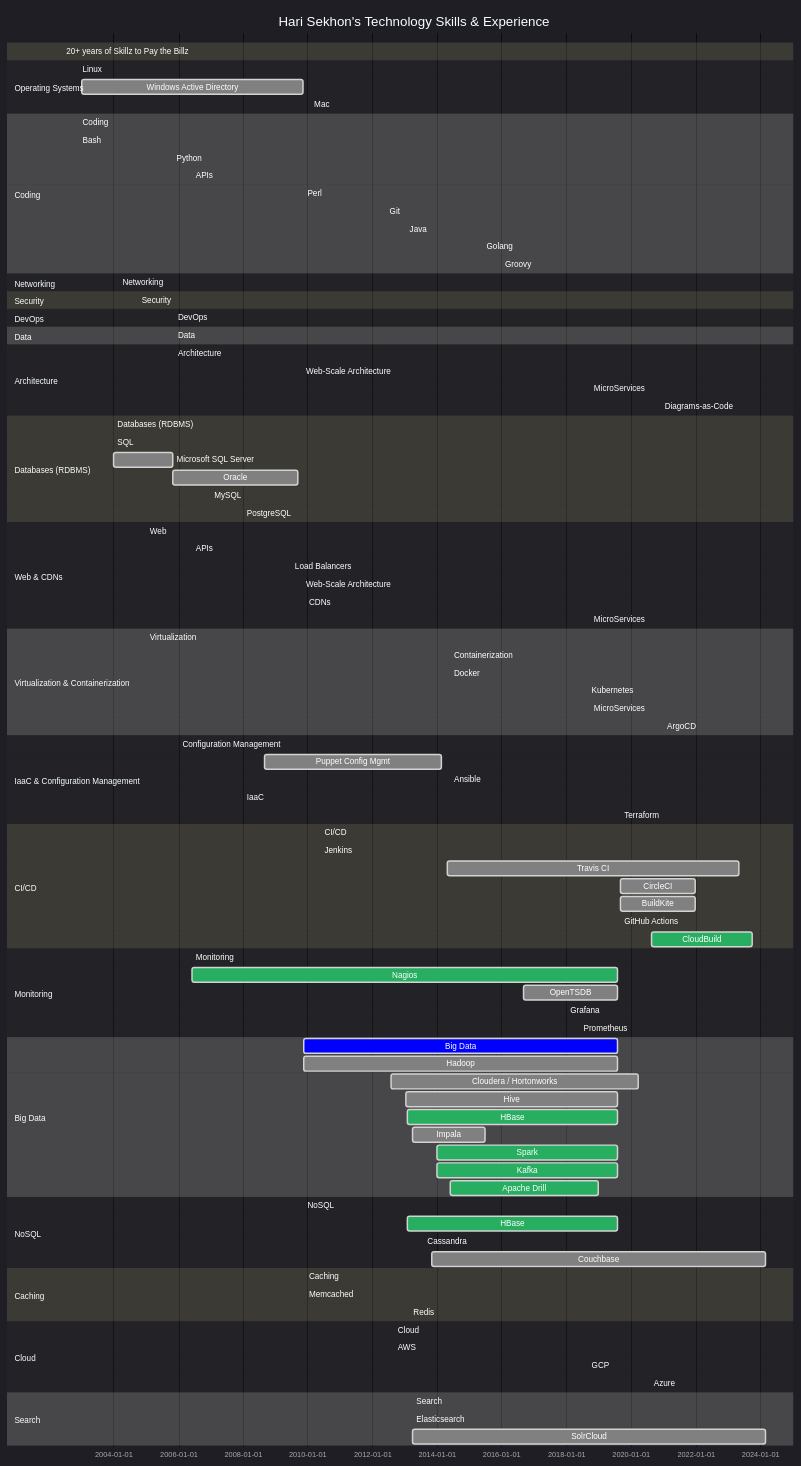
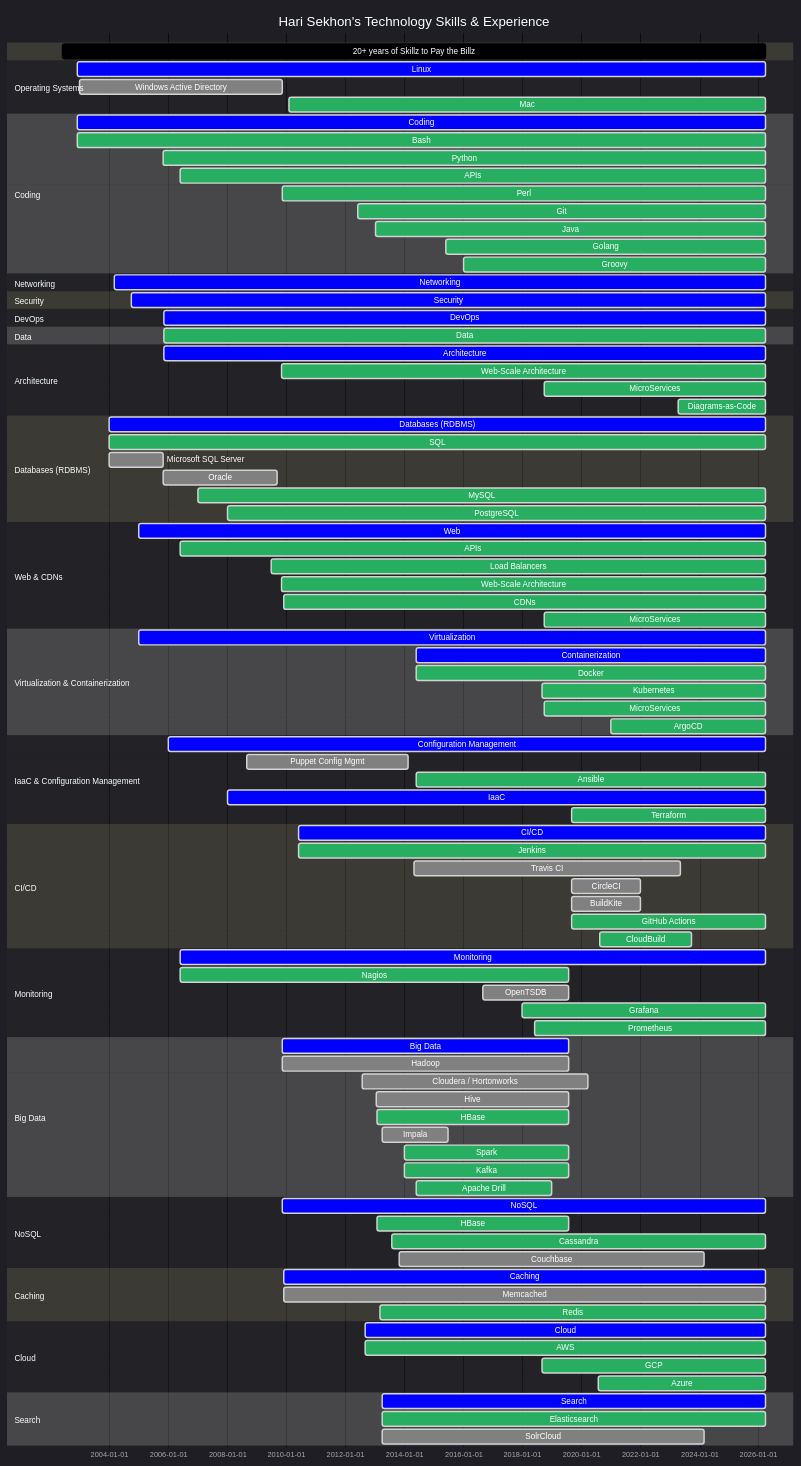
One commit to HariSekhon/HariSekhon changed the second of 2 diagrams in README.md. Above: the diagram before and after it, drawn with Mermaid. The commit also changed other lines of this file, not shown here.

Commit message:
updated profile counters

````diff
--- a/README.md
+++ b/README.md
@@ -1383,129 +1383,129 @@
     title Hari Sekhon's Technology Skills & Experience
     dateFormat  YYYY-MM-DD
 
-    20+ years of Skillz to Pay the Billz : 2002-06-01, 2026-02-30
+    20+ years of Skillz to Pay the Billz : 2002-06-01, 2026-03-30
 
     section Operating Systems
-    Linux                    : crit, 2002-12-01, 2026-02-30
+    Linux                    : crit, 2002-12-01, 2026-03-30
     Windows Active Directory : done, 2003-01-01, 2009-11-10
-    %%Redhat Linux             : active, 2002-12-01, 2026-02-30
-    %%Debian Linux             : active, 2003-01-01, 2026-02-30
+    %%Redhat Linux             : active, 2002-12-01, 2026-03-30
+    %%Debian Linux             : active, 2003-01-01, 2026-03-30
     %%Gentoo Linux             : done, 2004-06-01, 2009-11-10
-    %%Ubuntu Linux             : active, 2006-06-01, 2026-02-30
-    %%Alpine Linux             : done, 2016-01-01, 2026-02-30
-    Mac                      : active, 2010-02-01, 2026-02-30
+    %%Ubuntu Linux             : active, 2006-06-01, 2026-03-30
+    %%Alpine Linux             : done, 2016-01-01, 2026-03-30
+    Mac                      : active, 2010-02-01, 2026-03-30
 
     section Coding
-    Coding                 : crit, 2002-12-01, 2026-02-30
-    Bash                   : active, 2002-12-01, 2026-02-30
-    Python                 : active, 2005-11-01, 2026-02-30
-    APIs                   : active, 2006-06-01, 2026-02-30
+    Coding                 : crit, 2002-12-01, 2026-03-30
+    Bash                   : active, 2002-12-01, 2026-03-30
+    Python                 : active, 2005-11-01, 2026-03-30
+    APIs                   : active, 2006-06-01, 2026-03-30
     %%VBScript               : done, 2005-05-01, 2009-11-01
-    Perl                   : active, 2009-11-13, 2026-02-30
-    Git                    : active, 2012-06-01, 2026-02-30
+    Perl                   : active, 2009-11-13, 2026-03-30
+    Git                    : active, 2012-06-01, 2026-03-30
     %%Ruby                   : done, 2009-11-13, 2013-01-31
-    Java                   : active, 2013-01-13, 2026-02-30
+    Java                   : active, 2013-01-13, 2026-03-30
     %%Jython                 : done, 2013-01-13, 2015-12-31
     %%JRuby                  : done, 2013-03-01, 2013-08-31
     %%Scala                  : done, 2014-01-01, 2015-12-31
-    Golang                 : active, 2015-06-01, 2026-02-30
-    Groovy                 : active, 2016-01-01, 2026-02-30
+    Golang                 : active, 2015-06-01, 2026-03-30
+    Groovy                 : active, 2016-01-01, 2026-03-30
 
     %%section Build Systems
-    %%Make                   : active, 2006-06-01, 2026-02-30
-    %%Maven                  : active, 2013-02-01, 2026-02-30
-    %%SBT                    : active, 2014-01-01, 2026-02-30
-    %%Gradle                 : active, 2014-06-01, 2026-02-30
+    %%Make                   : active, 2006-06-01, 2026-03-30
+    %%Maven                  : active, 2013-02-01, 2026-03-30
+    %%SBT                    : active, 2014-01-01, 2026-03-30
+    %%Gradle                 : active, 2014-06-01, 2026-03-30
 
     %%section Version Control Systems
     %%Subversion             : done, 2005-11-13, 2012-06-01
     %%Mercurial              : done, 2011-06-01, 2013-06-01
-    %%Git                    : active, 2012-06-01, 2026-02-30
-    %%GitHub                 : active, 2012-12-31, 2026-02-30
+    %%Git                    : active, 2012-06-01, 2026-03-30
+    %%GitHub                 : active, 2012-12-31, 2026-03-30
 
     section Networking
-    Networking             : crit, 2004-03-01, 2026-02-30
-    %%VPNs                   : active, 2006-06-01, 2026-02-30
-    %%Cisco - IOS / NX-OS    : done, 2004-03-01, 2026-02-30
+    Networking             : crit, 2004-03-01, 2026-03-30
+    %%VPNs                   : active, 2006-06-01, 2026-03-30
+    %%Cisco - IOS / NX-OS    : done, 2004-03-01, 2026-03-30
     %%Juniper - Netscreen / SSG / SRX / ScreenOS / JunOS : done, 2007-01-01, 2013-01-18
     %%Netgear                : done, 2005-01-01, 2012-12-31
 
     section Load Balancers
 
     section Security
-    Security               : crit, 2004-10-01, 2026-02-30
-    %%Kerberos               : active, 2006-06-01, 2026-02-30
-    %%LDAP                   : active, 2006-06-01, 2026-02-30
+    Security               : crit, 2004-10-01, 2026-03-30
+    %%Kerberos               : active, 2006-06-01, 2026-03-30
+    %%LDAP                   : active, 2006-06-01, 2026-03-30
 
     section DevOps
-    DevOps                   : crit, 2005-11-11, 2026-02-30
+    DevOps                   : crit, 2005-11-11, 2026-03-30
 
     section Data
-    Data                   : active, 2005-11-11, 2026-02-30
-    %%Data Validation        : done, 2006-06-01, 2026-02-30
-    %%Data Science           : done, 2013-01-18, 2026-02-30
+    Data                   : active, 2005-11-11, 2026-03-30
+    %%Data Validation        : done, 2006-06-01, 2026-03-30
+    %%Data Science           : done, 2013-01-18, 2026-03-30
 
     section Architecture
-    Architecture            : crit,   2005-11-11, 2026-02-30
-    Web-Scale Architecture  : active, 2009-11-01, 2026-02-30
-    MicroServices           : active, 2018-10-01, 2026-02-30
-    Diagrams-as-Code        : active, 2023-04-14, 2026-02-30
+    Architecture            : crit,   2005-11-11, 2026-03-30
+    Web-Scale Architecture  : active, 2009-11-01, 2026-03-30
+    MicroServices           : active, 2018-10-01, 2026-03-30
+    Diagrams-as-Code        : active, 2023-04-14, 2026-03-30
 
     section Databases (RDBMS)
-    Databases (RDBMS)      : crit, 2004-01-01, 2026-02-30
-    SQL                    : active, 2004-01-01, 2026-02-30
+    Databases (RDBMS)      : crit, 2004-01-01, 2026-03-30
+    SQL                    : active, 2004-01-01, 2026-03-30
     Microsoft SQL Server   : done, 2004-01-01, 2005-10-31
     Oracle                 : done, 2005-11-01, 2009-09-10
-    MySQL                  : active, 2007-01-01, 2026-02-30
-    PostgreSQL             : active, 2008-01-01, 2026-02-30
+    MySQL                  : active, 2007-01-01, 2026-03-30
+    PostgreSQL             : active, 2008-01-01, 2026-03-30
 
     section Web & CDNs
-    Web                    : crit, 2005-01-01, 2026-02-30
-    APIs                   : active, 2006-06-01, 2026-02-30
+    Web                    : crit, 2005-01-01, 2026-03-30
+    APIs                   : active, 2006-06-01, 2026-03-30
 
-    Load Balancers         : active, 2009-07-01, 2026-02-30
+    Load Balancers         : active, 2009-07-01, 2026-03-30
     %%LVS                    : done, 2009-01-01, 2009-11-11
     %%Foundry - ServerIron XL / 4G : done, 2009-10-13, 2011-11-31
     %%F5 BigIP               : done, 2010-06-01, 2013-01-18
-    %%HAProxy                : active, 2018-04-01, 2026-02-30
-    %%Kong                   : active, 2023-03-01, 2026-02-30
-    %%Traefik                : active, 2023-03-01, 2026-02-30
+    %%HAProxy                : active, 2018-04-01, 2026-03-30
+    %%Kong                   : active, 2023-03-01, 2026-03-30
+    %%Traefik                : active, 2023-03-01, 2026-03-30
 
-    Web-Scale Architecture : active, 2009-11-01, 2026-02-30
-    CDNs                   : active, 2009-12-01, 2026-02-30
+    Web-Scale Architecture : active, 2009-11-01, 2026-03-30
+    CDNs                   : active, 2009-12-01, 2026-03-30
     %%UlraDNS                : done, 2009-11-01, 2012-06-31
     %%Cotendo                : done, 2012-06-01, 2013-01-13
-    %%Cloudflare             : active, 2020-08-20, 2026-02-30
-    MicroServices            : active, 2018-10-01, 2026-02-30
+    %%Cloudflare             : active, 2020-08-20, 2026-03-30
+    MicroServices            : active, 2018-10-01, 2026-03-30
 
     section Virtualization & Containerization
-    Virtualization         : crit, 2005-01-01, 2026-02-30
+    Virtualization         : crit, 2005-01-01, 2026-03-30
     %%VMware ESX, ESXi, VirtualBox : done, 2005-01-01, 2017-02-16
     %%Vagrant                : active, 2013-01-01, 2023-12-31
-    Containerization       : crit, 2014-06-01, 2026-02-30
-    Docker                 : active, 2014-06-01, 2026-02-30
-    Kubernetes             : active, 2018-09-01, 2026-02-30
-    MicroServices          : active, 2018-10-01, 2026-02-30
-    ArgoCD                 : active, 2021-01-01, 2026-02-30
+    Containerization       : crit, 2014-06-01, 2026-03-30
+    Docker                 : active, 2014-06-01, 2026-03-30
+    Kubernetes             : active, 2018-09-01, 2026-03-30
+    MicroServices          : active, 2018-10-01, 2026-03-30
+    ArgoCD                 : active, 2021-01-01, 2026-03-30
 
     section IaaC & Configuration Management
-    Configuration Management :crit, 2006-01-01, 2026-02-30
+    Configuration Management :crit, 2006-01-01, 2026-03-30
     Puppet Config Mgmt     : done, 2008-09-01, 2014-02-18
-    Ansible                : active, 2014-06-01, 2026-02-30
-    IaaC                   :crit, 2008-01-01, 2026-02-30
-    Terraform              :active, 2019-09-01, 2026-02-30
+    Ansible                : active, 2014-06-01, 2026-03-30
+    IaaC                   :crit, 2008-01-01, 2026-03-30
+    Terraform              :active, 2019-09-01, 2026-03-30
     %%Terraform Cloud        : active, 2021-09-01, 2022-09-31
-    %%Kickstart              : active, 2008-01-01, 2026-02-30
-    %%Preseed                : active, 2009-01-01, 2026-02-30
-    %%AutoInstall            : active, 2023-01-01, 2026-02-30
+    %%Kickstart              : active, 2008-01-01, 2026-03-30
+    %%Preseed                : active, 2009-01-01, 2026-03-30
+    %%AutoInstall            : active, 2023-01-01, 2026-03-30
 
     section CI/CD
-    CI/CD                  : crit, 2010-06-01, 2026-02-30
-    Jenkins                : active, 2010-06-01, 2026-02-30
+    CI/CD                  : crit, 2010-06-01, 2026-03-30
+    Jenkins                : active, 2010-06-01, 2026-03-30
     Travis CI              : done, 2014-05-01, 2023-05-08
     CircleCI               : done, 2019-09-01, 2021-12-31
     BuildKite              : done, 2019-09-01, 2021-12-31
-    GitHub Actions         : active, 2019-09-01, 2026-02-30
+    GitHub Actions         : active, 2019-09-01, 2026-03-30
     %%GitLab                 : active, 2019-09-01, 2022-12-31
     %%Azure DevOps           : done, 2019-09-01, 2022-12-31
     %%Bitbucket              : done, 2019-09-01, 2022-12-31
@@ -1514,11 +1514,11 @@
     CloudBuild             : active, 2020-08-20, 2023-09-30
 
     section Monitoring
-    Monitoring             : crit, 2006-06-01, 2026-02-30
+    Monitoring             : crit, 2006-06-01, 2026-03-30
     Nagios                 : active, 2006-06-01, 2019-07-31
     OpenTSDB               : done, 2016-09-01, 2019-07-31
-    Grafana                : active, 2018-01-01, 2026-02-30
-    Prometheus             : active, 2018-06-01, 2026-02-30
+    Grafana                : active, 2018-01-01, 2026-03-30
+    Prometheus             : active, 2018-06-01, 2026-03-30
     %%Pingdom                : done, 2020-08-20, 2023-09-17
     %%Datadog                : done, 2022-08-20, 2023-09-17
 
@@ -1536,28 +1536,28 @@
     Apache Drill           : active, 2014-06-01, 2018-12-31
 
     section NoSQL
-    NoSQL                  : crit, 2009-11-13, 2026-02-30
+    NoSQL                  : crit, 2009-11-13, 2026-03-30
     HBase                  : active, 2013-02-01, 2019-07-31
     %%MongoDB                : done, 2013-06-01, 2013-12-31
-    Cassandra              : active, 2013-08-01, 2026-02-30
+    Cassandra              : active, 2013-08-01, 2026-03-30
     Couchbase              : done, 2013-11-01, 2024-03-01
 
     section Caching
-    Caching                : crit, 2009-11-31, 2026-02-30
-    Memcached              : done, 2009-11-31, 2026-02-30
-    Redis                  : active, 2013-03-01, 2026-02-30
+    Caching                : crit, 2009-11-31, 2026-03-30
+    Memcached              : done, 2009-11-31, 2026-03-30
+    Redis                  : active, 2013-03-01, 2026-03-30
 
     section Cloud
-    Cloud            : crit, 2012-09-01, 2026-02-30
-    AWS              : active, 2012-09-01, 2026-02-30
-    GCP              : active, 2018-09-01, 2026-02-30
-    Azure            : active, 2020-08-01, 2026-02-30
+    Cloud            : crit, 2012-09-01, 2026-03-30
+    AWS              : active, 2012-09-01, 2026-03-30
+    GCP              : active, 2018-09-01, 2026-03-30
+    Azure            : active, 2020-08-01, 2026-03-30
 
     section Search
-    Search                 : crit, 2013-03-31, 2026-02-30
-    Elasticsearch          : active, 2013-03-31, 2026-02-30
-    %%LogStash               : done, 2013-03-31, 2026-02-30
-    %%Fluentd                : crit, 2018-03-31, 2026-02-30
-    %%Kibana                 : crit, 2013-03-31, 2026-02-30
+    Search                 : crit, 2013-03-31, 2026-03-30
+    Elasticsearch          : active, 2013-03-31, 2026-03-30
+    %%LogStash               : done, 2013-03-31, 2026-03-30
+    %%Fluentd                : crit, 2018-03-31, 2026-03-30
+    %%Kibana                 : crit, 2013-03-31, 2026-03-30
     SolrCloud              : done, 2013-04-01, 2024-03-01
 ```
````
